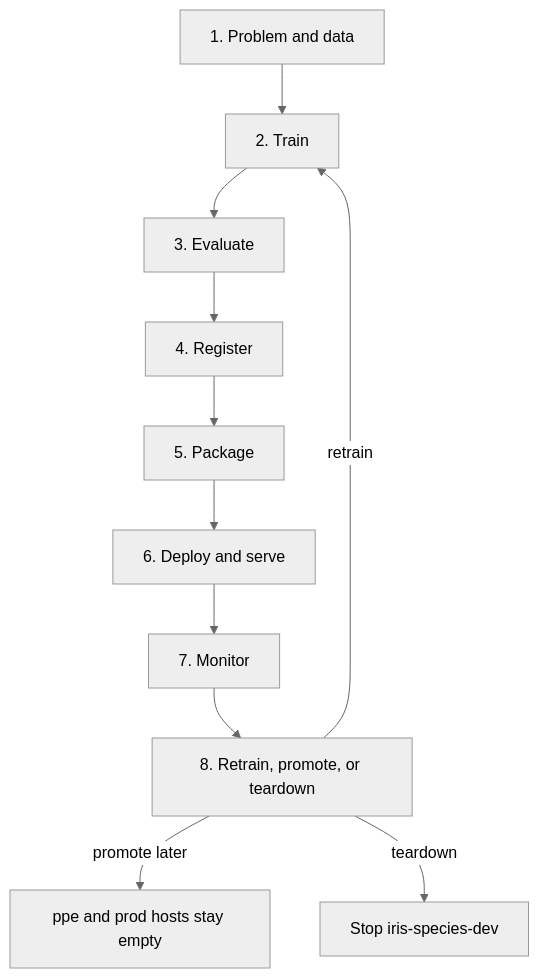
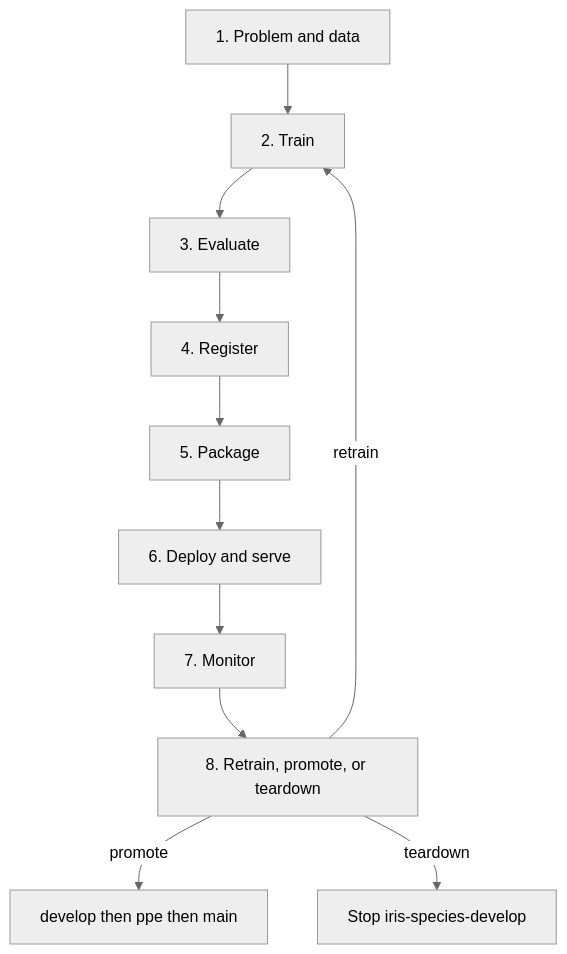
Before and after one commit to akumawavez/iris-ml-prod-test: the first of 3 diagrams in docs/guides/eli25-mlops-lifecycle.md, drawn with Mermaid (neutral theme). The commit also changed other lines of this file and 77 other files, not shown here.

````diff
--- a/docs/guides/eli25-mlops-lifecycle.md
+++ b/docs/guides/eli25-mlops-lifecycle.md
@@ -22,13 +26,13 @@
 ```mermaid
 flowchart TD
   problem["1. Problem and data"] --> train["2. Train"]
   train --> evaluate["3. Evaluate"]
   evaluate --> register["4. Register"]
   register --> package["5. Package"]
   package --> serve["6. Deploy and serve"]
   serve --> monitor["7. Monitor"]
   monitor --> decide["8. Retrain, promote, or teardown"]
   decide -->|"retrain"| train
-  decide -->|"promote later"| reserved["ppe and prod hosts stay empty"]
-  decide -->|"teardown"| off["Stop iris-species-dev"]
+  decide -->|"promote"| move["develop then ppe then main"]
+  decide -->|"teardown"| off["Stop iris-species-develop"]
 ```
````
